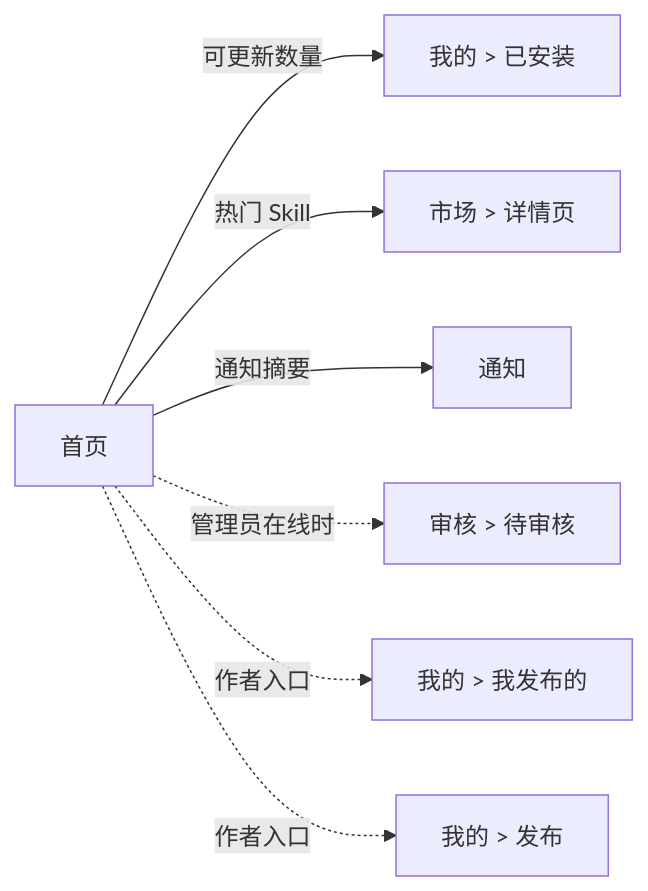
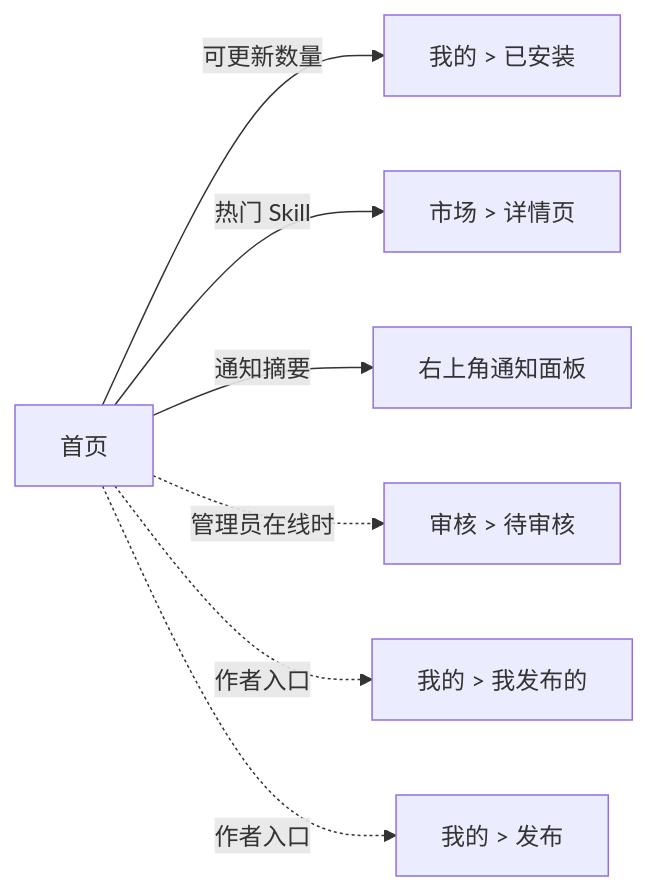
Before and after one commit to HaibinZhang1/Enterprise-Agent-Hub: the second of 3 diagrams in docs/RequirementDocument/06_page_architecture.md, drawn with Mermaid. The commit also changed other lines of this file and 44 other files, not shown here.

````diff
--- a/docs/RequirementDocument/06_page_architecture.md
+++ b/docs/RequirementDocument/06_page_architecture.md
@@ -116,10 +111,10 @@
 ```mermaid
 flowchart LR
     HOME["首页"]
     HOME -->|"可更新数量"| MY1["我的 > 已安装"]
     HOME -->|"热门 Skill"| M3["市场 > 详情页"]
-    HOME -->|"通知摘要"| NOTIFY["通知"]
+    HOME -->|"通知摘要"| NOTIFY["右上角通知面板"]
     HOME -.->|"管理员在线时"| R1["审核 > 待审核"]
     HOME -.->|"作者入口"| MY2["我的 > 我发布的"]
     HOME -.->|"作者入口"| MY3["我的 > 发布"]
 ```
````
